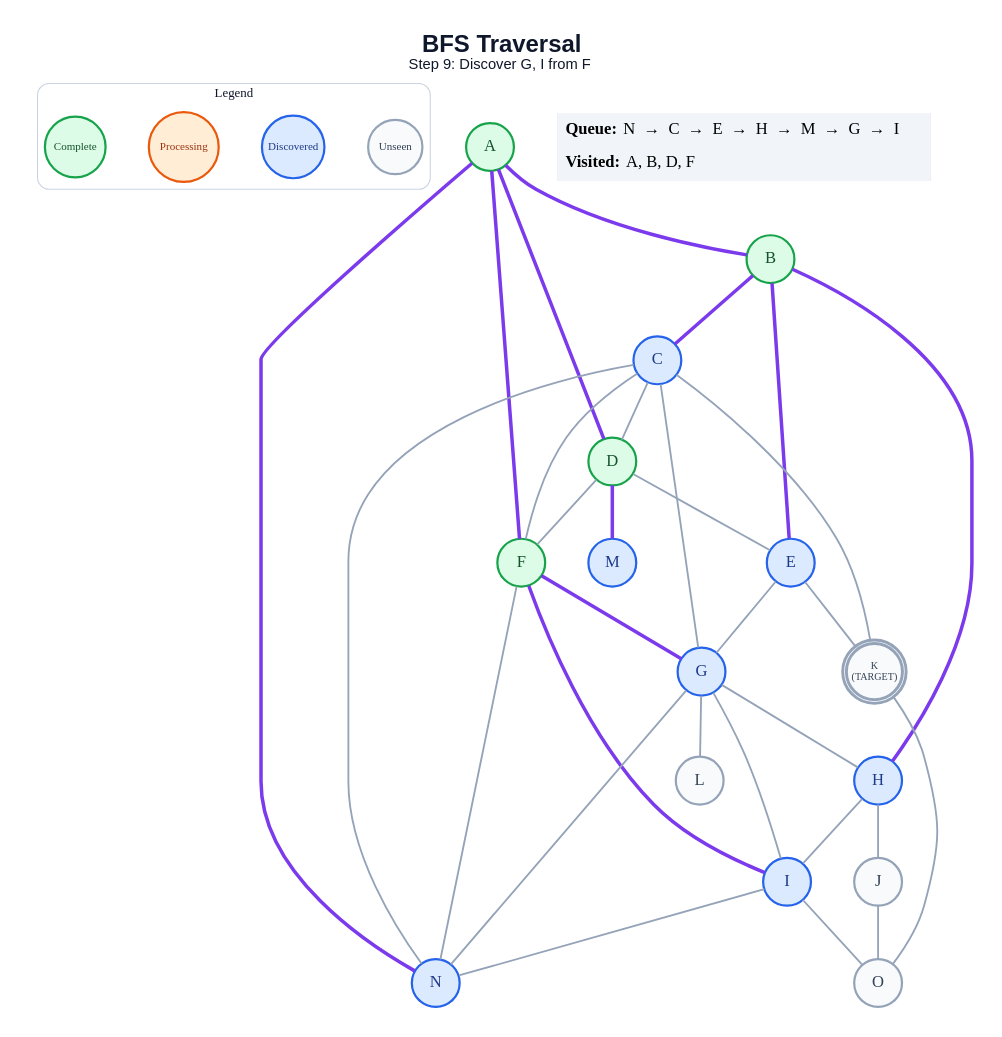
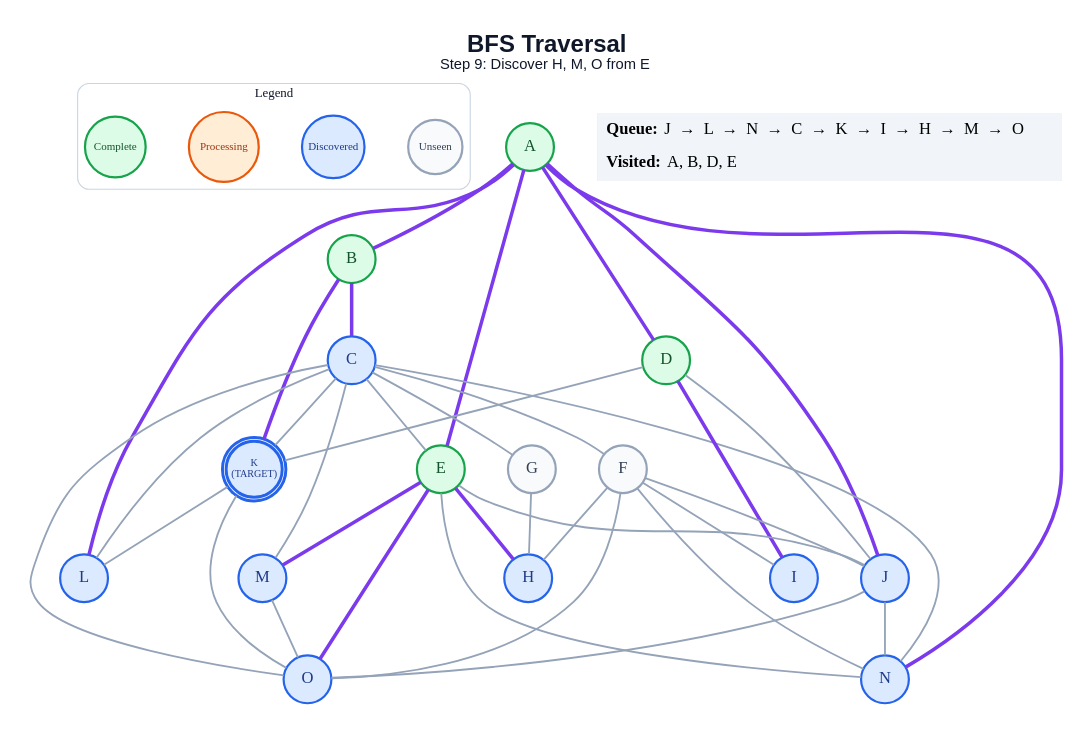
One commit to anon7238593-create/ai-slop changed the diagram in generated/specific-node/bfs/step_09.dot. Above: the diagram before and after it, drawn with Graphviz. The commit also changed 249 other files, not shown here.

```diff
--- a/generated/specific-node/bfs/step_09.dot
+++ b/generated/specific-node/bfs/step_09.dot
@@ -1,64 +1,69 @@
 graph traversal {
   graph [layout=dot, rankdir=TB, bgcolor="#FFFFFF", pad="0.35", nodesep="0.65", ranksep="0.8", fontname="Arial"];
   node [shape=circle, style="filled", fontname="Arial Bold", fontsize=18, width=0.72, fixedsize=true, penwidth=2.4];
   edge [color="#94A3B8", penwidth=2.0];
-  label=<<B>BFS Traversal</B><BR/><FONT POINT-SIZE="16">Step 9: Discover G, I from F</FONT>>; labelloc="t"; fontsize=26; fontname="Arial"; fontcolor="#0F172A";
+  label=<<B>BFS Traversal</B><BR/><FONT POINT-SIZE="16">Step 9: Discover H, M, O from E</FONT>>; labelloc="t"; fontsize=26; fontname="Arial"; fontcolor="#0F172A";
   subgraph cluster_legend { label="Legend"; color="#CBD5E1"; penwidth=1.2; style="rounded"; fontsize=14; fontname="Arial Bold";
     key_unseen [label="Unseen", fillcolor="#F8FAFC", color="#94A3B8", fontcolor="#334155", fontsize=12, width=0.82];
     key_frontier [label="Discovered", fillcolor="#DBEAFE", color="#2563EB", fontcolor="#1E3A8A", fontsize=12, width=0.95];
     key_current [label="Processing", fillcolor="#FFEDD5", color="#EA580C", fontcolor="#9A3412", fontsize=12, width=1.05];
     key_done [label="Complete", fillcolor="#DCFCE7", color="#16A34A", fontcolor="#14532D", fontsize=12, width=0.92];
     { rank=same; key_unseen; key_frontier; key_current; key_done; }
   }
   A [label="A", fillcolor="#DCFCE7", color="#16A34A", fontcolor="#14532D", peripheries=1, penwidth=2.4];
   B [label="B", fillcolor="#DCFCE7", color="#16A34A", fontcolor="#14532D", peripheries=1, penwidth=2.4];
   C [label="C", fillcolor="#DBEAFE", color="#2563EB", fontcolor="#1E3A8A", peripheries=1, penwidth=2.4];
   D [label="D", fillcolor="#DCFCE7", color="#16A34A", fontcolor="#14532D", peripheries=1, penwidth=2.4];
-  E [label="E", fillcolor="#DBEAFE", color="#2563EB", fontcolor="#1E3A8A", peripheries=1, penwidth=2.4];
-  F [label="F", fillcolor="#DCFCE7", color="#16A34A", fontcolor="#14532D", peripheries=1, penwidth=2.4];
-  G [label="G", fillcolor="#DBEAFE", color="#2563EB", fontcolor="#1E3A8A", peripheries=1, penwidth=2.4];
+  E [label="E", fillcolor="#DCFCE7", color="#16A34A", fontcolor="#14532D", peripheries=1, penwidth=2.4];
+  F [label="F", fillcolor="#F8FAFC", color="#94A3B8", fontcolor="#334155", peripheries=1, penwidth=2.4];
+  G [label="G", fillcolor="#F8FAFC", color="#94A3B8", fontcolor="#334155", peripheries=1, penwidth=2.4];
   H [label="H", fillcolor="#DBEAFE", color="#2563EB", fontcolor="#1E3A8A", peripheries=1, penwidth=2.4];
   I [label="I", fillcolor="#DBEAFE", color="#2563EB", fontcolor="#1E3A8A", peripheries=1, penwidth=2.4];
-  J [label="J", fillcolor="#F8FAFC", color="#94A3B8", fontcolor="#334155", peripheries=1, penwidth=2.4];
-  K [label="K\n(TARGET)", fillcolor="#F8FAFC", color="#94A3B8", fontcolor="#334155", peripheries=2, penwidth=3.2, fontsize=11, width=0.85, height=0.85];
-  L [label="L", fillcolor="#F8FAFC", color="#94A3B8", fontcolor="#334155", peripheries=1, penwidth=2.4];
+  J [label="J", fillcolor="#DBEAFE", color="#2563EB", fontcolor="#1E3A8A", peripheries=1, penwidth=2.4];
+  K [label="K\n(TARGET)", fillcolor="#DBEAFE", color="#2563EB", fontcolor="#1E3A8A", peripheries=2, penwidth=3.2, fontsize=11, width=0.85, height=0.85];
+  L [label="L", fillcolor="#DBEAFE", color="#2563EB", fontcolor="#1E3A8A", peripheries=1, penwidth=2.4];
   M [label="M", fillcolor="#DBEAFE", color="#2563EB", fontcolor="#1E3A8A", peripheries=1, penwidth=2.4];
   N [label="N", fillcolor="#DBEAFE", color="#2563EB", fontcolor="#1E3A8A", peripheries=1, penwidth=2.4];
-  O [label="O", fillcolor="#F8FAFC", color="#94A3B8", fontcolor="#334155", peripheries=1, penwidth=2.4];
+  O [label="O", fillcolor="#DBEAFE", color="#2563EB", fontcolor="#1E3A8A", peripheries=1, penwidth=2.4];
   A -- B [color="#7C3AED", penwidth=3.8];
   A -- D [color="#7C3AED", penwidth=3.8];
-  A -- F [color="#7C3AED", penwidth=3.8];
+  A -- E [color="#7C3AED", penwidth=3.8];
+  A -- J [color="#7C3AED", penwidth=3.8];
+  A -- L [color="#7C3AED", penwidth=3.8];
   A -- N [color="#7C3AED", penwidth=3.8];
   B -- C [color="#7C3AED", penwidth=3.8];
-  B -- E [color="#7C3AED", penwidth=3.8];
-  B -- H [color="#7C3AED", penwidth=3.8];
-  C -- D;
+  B -- K [color="#7C3AED", penwidth=3.8];
+  C -- E;
   C -- F;
   C -- G;
   C -- K;
+  C -- L;
+  C -- M;
   C -- N;
-  D -- E;
-  D -- F;
-  D -- M [color="#7C3AED", penwidth=3.8];
-  E -- G;
-  E -- K;
-  F -- G [color="#7C3AED", penwidth=3.8];
-  F -- I [color="#7C3AED", penwidth=3.8];
+  C -- O;
+  D -- I [color="#7C3AED", penwidth=3.8];
+  D -- J;
+  D -- K;
+  E -- H [color="#7C3AED", penwidth=3.8];
+  E -- J;
+  E -- M [color="#7C3AED", penwidth=3.8];
+  E -- N;
+  E -- O [color="#7C3AED", penwidth=3.8];
+  F -- H;
+  F -- I;
+  F -- J;
   F -- N;
+  F -- O;
   G -- H;
-  G -- I;
-  G -- L;
-  G -- N;
-  H -- I;
-  H -- J;
-  I -- N;
-  I -- O;
+  J -- N;
   J -- O;
+  K -- L;
   K -- O;
+  M -- O;
   status [shape=plain, fixedsize=false, width=0, height=0, margin=0, label=<
     <TABLE BORDER="0" CELLBORDER="0" CELLPADDING="7" BGCOLOR="#F1F5F9">
-      <TR><TD ALIGN="LEFT"><B>Queue:</B> N  →  C  →  E  →  H  →  M  →  G  →  I</TD></TR>
-      <TR><TD ALIGN="LEFT"><B>Visited:</B> A, B, D, F</TD></TR>
+      <TR><TD ALIGN="LEFT"><B>Queue:</B> J  →  L  →  N  →  C  →  K  →  I  →  H  →  M  →  O</TD></TR>
+      <TR><TD ALIGN="LEFT"><B>Visited:</B> A, B, D, E</TD></TR>
     </TABLE>
   >];
 }
```
